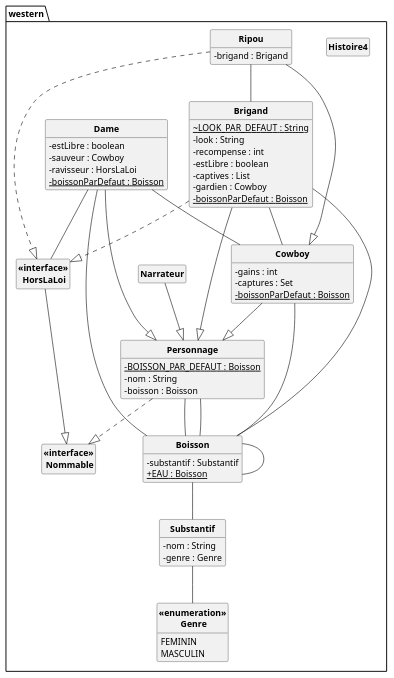
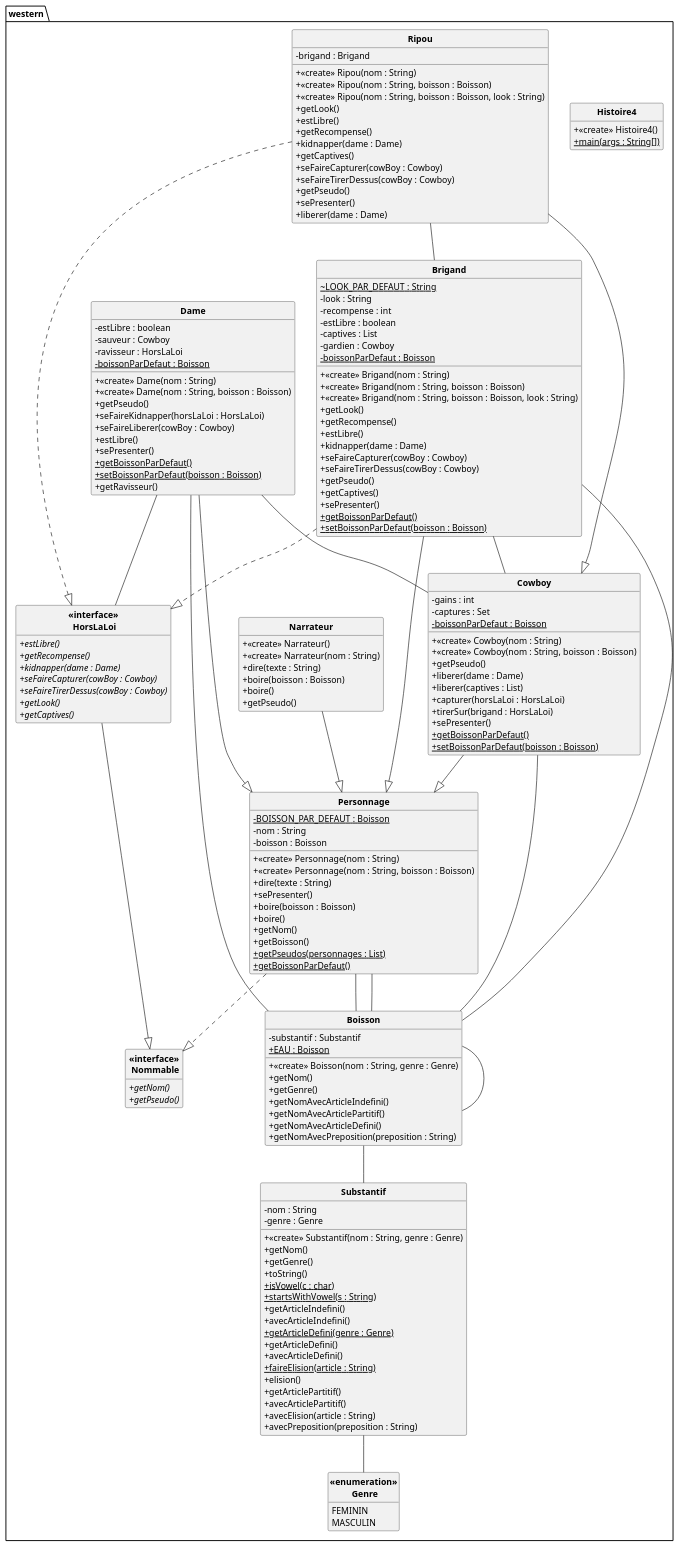
One commit to Lykomonix/API-JAVAtoPUML changed the diagram in javadoc.puml. Above: the diagram before and after it, drawn with PlantUML. The commit also changed 11 other files, not shown here.

```diff
--- a/javadoc.puml
+++ b/javadoc.puml
@@ -10,6 +10,13 @@
 {
 - substantif : Substantif
 + {static} EAU : Boisson
++ <<create>> Boisson(nom : String, genre : Genre)
++ getNom()
++ getGenre()
++ getNomAvecArticleIndefini()
++ getNomAvecArticlePartitif()
++ getNomAvecArticleDefini()
++ getNomAvecPreposition(preposition : String)
 }
 
 class Brigand
@@ -21,6 +28,20 @@
 - captives : List
 - gardien : Cowboy
 - {static} boissonParDefaut : Boisson
++ <<create>> Brigand(nom : String)
++ <<create>> Brigand(nom : String, boisson : Boisson)
++ <<create>> Brigand(nom : String, boisson : Boisson, look : String)
++ getLook()
++ getRecompense()
++ estLibre()
++ kidnapper(dame : Dame)
++ seFaireCapturer(cowBoy : Cowboy)
++ seFaireTirerDessus(cowBoy : Cowboy)
++ getPseudo()
++ getCaptives()
++ sePresenter()
++ {static} getBoissonParDefaut()
++ {static} setBoissonParDefaut(boisson : Boisson)
 }
 
 class Cowboy
@@ -28,6 +49,16 @@
 - gains : int
 - captures : Set
 - {static} boissonParDefaut : Boisson
++ <<create>> Cowboy(nom : String)
++ <<create>> Cowboy(nom : String, boisson : Boisson)
++ getPseudo()
++ liberer(dame : Dame)
++ liberer(captives : List)
++ capturer(horsLaLoi : HorsLaLoi)
++ tirerSur(brigand : HorsLaLoi)
++ sePresenter()
++ {static} getBoissonParDefaut()
++ {static} setBoissonParDefaut(boisson : Boisson)
 }
 
 class Dame
@@ -36,14 +67,32 @@
 - sauveur : Cowboy
 - ravisseur : HorsLaLoi
 - {static} boissonParDefaut : Boisson
++ <<create>> Dame(nom : String)
++ <<create>> Dame(nom : String, boisson : Boisson)
++ getPseudo()
++ seFaireKidnapper(horsLaLoi : HorsLaLoi)
++ seFaireLiberer(cowBoy : Cowboy)
++ estLibre()
++ sePresenter()
++ {static} getBoissonParDefaut()
++ {static} setBoissonParDefaut(boisson : Boisson)
++ getRavisseur()
 }
 
 class Histoire4
 {
++ <<create>> Histoire4()
++ {static} main(args : String[])
 }
 
 class Narrateur
 {
++ <<create>> Narrateur()
++ <<create>> Narrateur(nom : String)
++ dire(texte : String)
++ boire(boisson : Boisson)
++ boire()
++ getPseudo()
 }
 
 class Personnage
@@ -51,22 +100,77 @@
 - {static} BOISSON_PAR_DEFAUT : Boisson
 - nom : String
 - boisson : Boisson
++ <<create>> Personnage(nom : String)
++ <<create>> Personnage(nom : String, boisson : Boisson)
++ dire(texte : String)
++ sePresenter()
++ boire(boisson : Boisson)
++ boire()
++ getNom()
++ getBoisson()
++ {static} getPseudos(personnages : List)
++ {static} getBoissonParDefaut()
 }
 
 class Ripou
 {
 - brigand : Brigand
++ <<create>> Ripou(nom : String)
++ <<create>> Ripou(nom : String, boisson : Boisson)
++ <<create>> Ripou(nom : String, boisson : Boisson, look : String)
++ getLook()
++ estLibre()
++ getRecompense()
++ kidnapper(dame : Dame)
++ getCaptives()
++ seFaireCapturer(cowBoy : Cowboy)
++ seFaireTirerDessus(cowBoy : Cowboy)
++ getPseudo()
++ sePresenter()
++ liberer(dame : Dame)
 }
 
 class Substantif
 {
 - nom : String
 - genre : Genre
++ <<create>> Substantif(nom : String, genre : Genre)
++ getNom()
++ getGenre()
++ toString()
++ {static} isVowel(c : char)
++ {static} startsWithVowel(s : String)
++ getArticleIndefini()
++ avecArticleIndefini()
++ {static} getArticleDefini(genre : Genre)
++ getArticleDefini()
++ avecArticleDefini()
++ {static} faireElision(article : String)
++ elision()
++ getArticlePartitif()
++ avecArticlePartitif()
++ avecElision(article : String)
++ avecPreposition(preposition : String)
 }
 
 class "<<interface>>\n HorsLaLoi" as HorsLaLoi
+{
++ {abstract} estLibre()
++ {abstract} getRecompense()
++ {abstract} kidnapper(dame : Dame)
++ {abstract} seFaireCapturer(cowBoy : Cowboy)
++ {abstract} seFaireTirerDessus(cowBoy : Cowboy)
++ {abstract} getLook()
++ {abstract} getCaptives()
+
+}
 
 class "<<interface>>\n Nommable" as Nommable
+{
++ {abstract} getNom()
++ {abstract} getPseudo()
+
+}
 
 class "<<enumeration>>\n Genre" as Genre
 {
```
